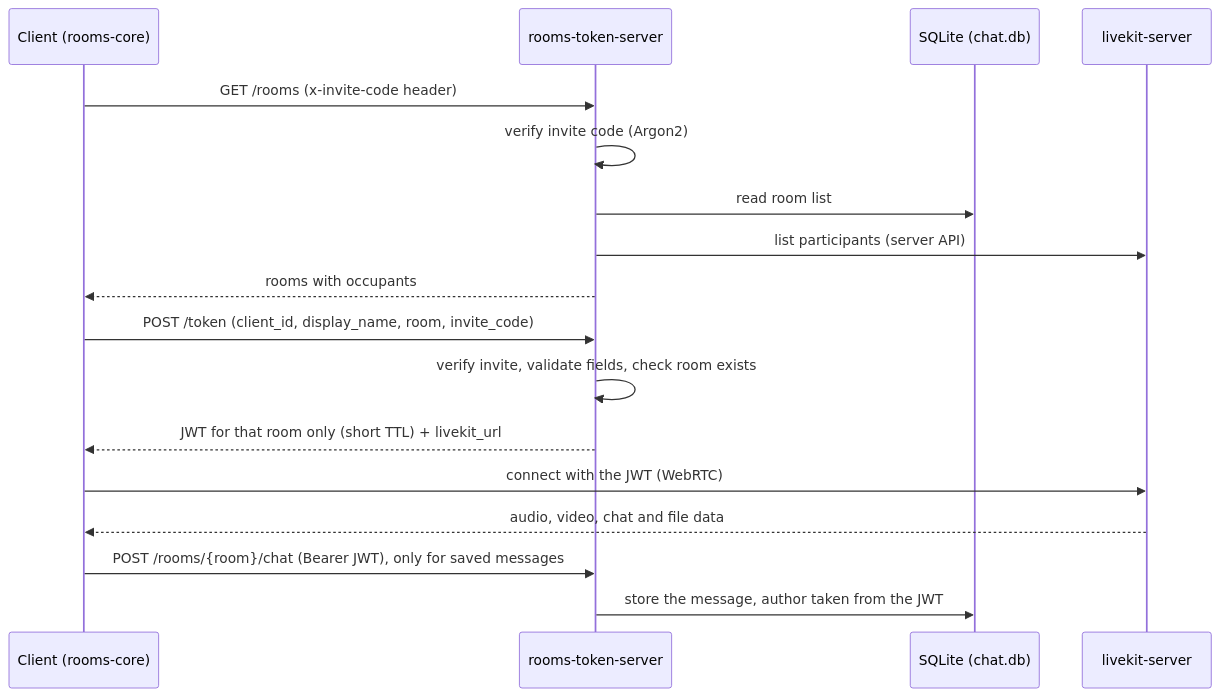
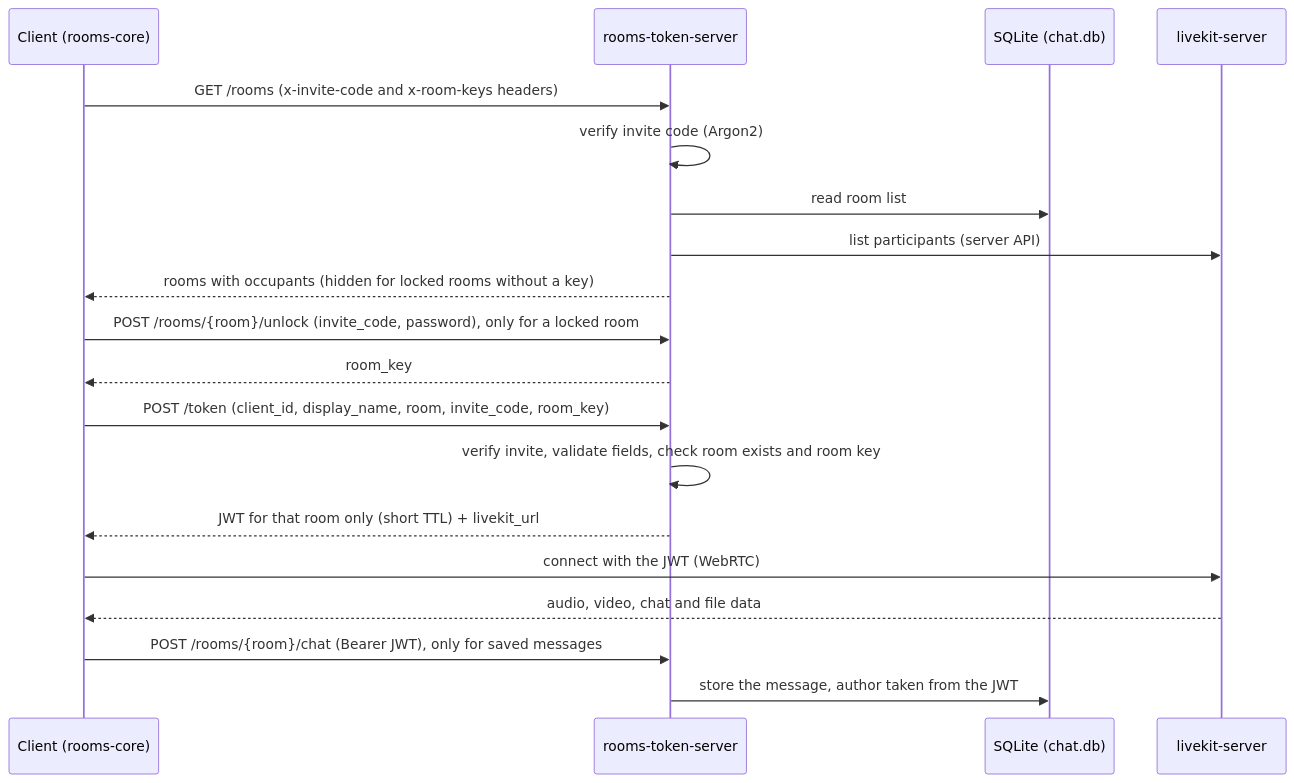
Before and after one commit to Pedroklg/zenha: the second of 2 diagrams in docs/architecture.md, drawn with Mermaid. The commit also changed other lines of this file and 2 other files, not shown here.

Commit message:
docs: describe room passwords and sub-rooms
Refs: T54

````diff
--- a/docs/architecture.md
+++ b/docs/architecture.md
@@ -48,20 +48,22 @@
 ```mermaid
 sequenceDiagram
   participant C as Client (rooms-core)
   participant T as rooms-token-server
   participant DB as SQLite (chat.db)
   participant L as livekit-server
 
-  C->>T: GET /rooms (x-invite-code header)
+  C->>T: GET /rooms (x-invite-code and x-room-keys headers)
   T->>T: verify invite code (Argon2)
   T->>DB: read room list
   T->>L: list participants (server API)
-  T-->>C: rooms with occupants
-  C->>T: POST /token (client_id, display_name, room, invite_code)
-  T->>T: verify invite, validate fields, check room exists
+  T-->>C: rooms with occupants (hidden for locked rooms without a key)
+  C->>T: POST /rooms/{room}/unlock (invite_code, password), only for a locked room
+  T-->>C: room_key
+  C->>T: POST /token (client_id, display_name, room, invite_code, room_key)
+  T->>T: verify invite, validate fields, check room exists and room key
   T-->>C: JWT for that room only (short TTL) + livekit_url
   C->>L: connect with the JWT (WebRTC)
   L-->>C: audio, video, chat and file data
   C->>T: POST /rooms/{room}/chat (Bearer JWT), only for saved messages
   T->>DB: store the message, author taken from the JWT
 ```
````
